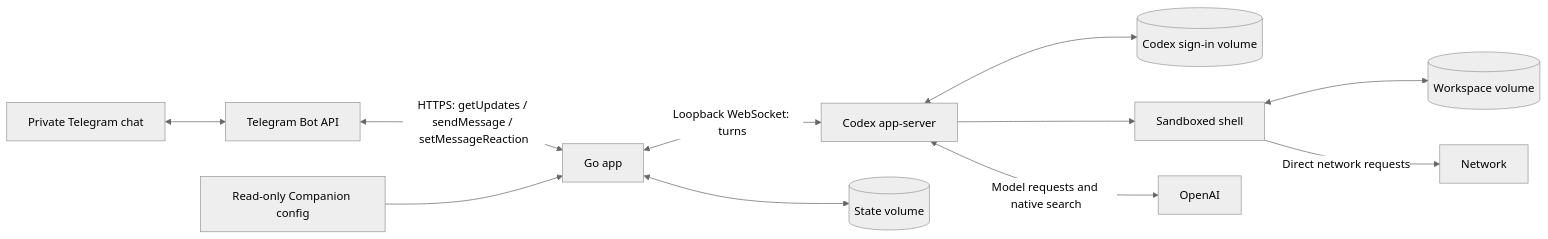
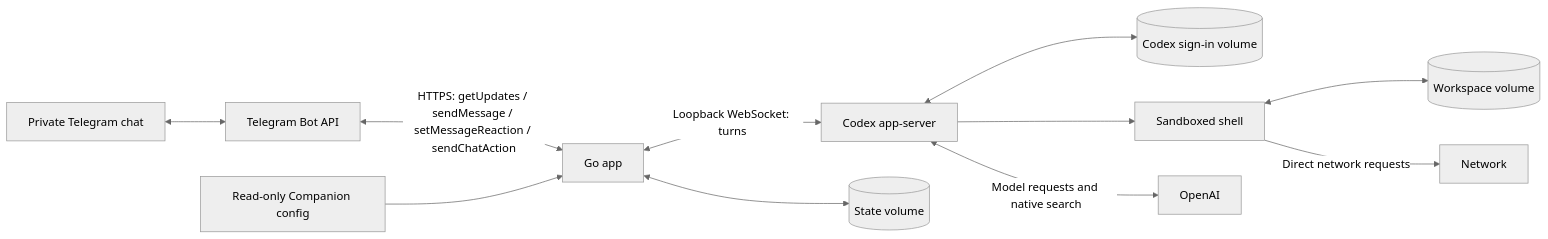
The diagram in ARCHITECTURE.md (hsnprsd/companion), drawn with Mermaid (neutral theme) before and after one commit. The commit also changed other lines of this file and 16 other files, not shown here.

````diff
--- a/ARCHITECTURE.md
+++ b/ARCHITECTURE.md
@@ -9,13 +9,13 @@
 ```mermaid
 flowchart LR
     User[Private Telegram chat] <--> TG[Telegram Bot API]
-    TG <-->|HTTPS: getUpdates / sendMessage / setMessageReaction| App[Go app]
+    TG <-->|HTTPS: getUpdates / sendMessage / setMessageReaction / sendChatAction| App[Go app]
     App <-->|Loopback WebSocket: turns| Runner[Codex app-server]
     App <--> State[(State volume)]
     Config[Read-only Companion config] --> App
     Runner <--> Auth[(Codex sign-in volume)]
     Runner --> Shell[Sandboxed shell]
     Shell <--> Workspace[(Workspace volume)]
     Shell -->|Direct network requests| Network[Network]
     Runner <-->|Model requests and native search| OpenAI[OpenAI]
 ```
````
